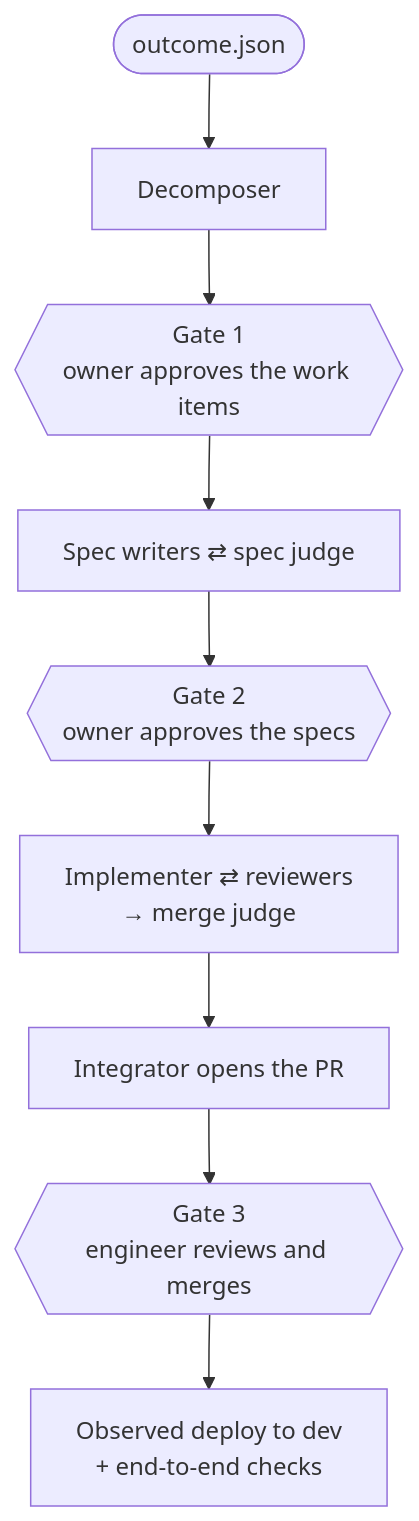
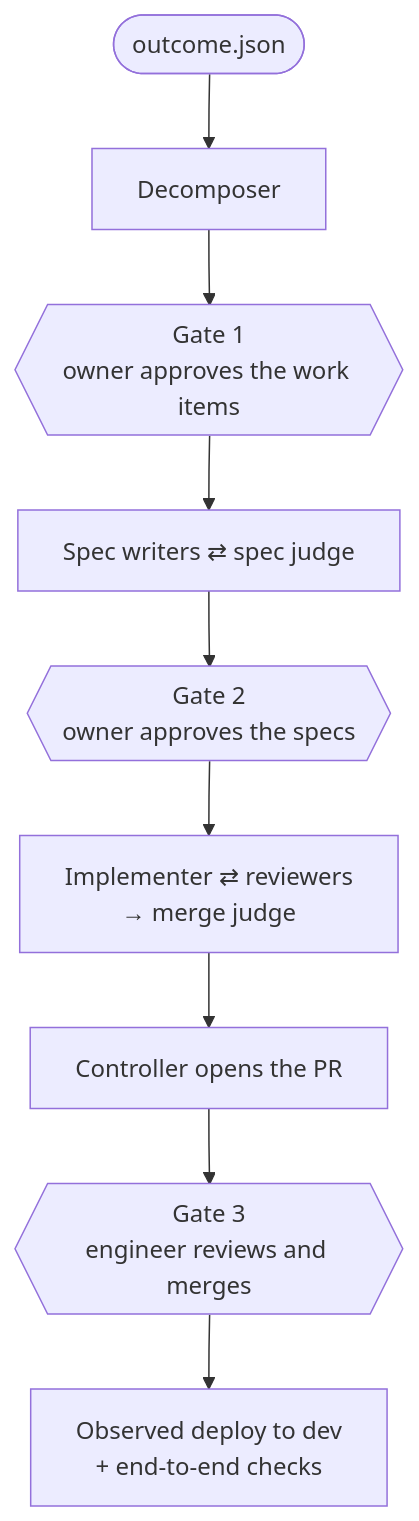
Before and after one commit to willtech3/factory_agents: the diagram in README.md, drawn with Mermaid. The commit also changed 26 other files, not shown here.

````diff
--- a/README.md
+++ b/README.md
@@ -5,11 +5,11 @@
 ```mermaid
 flowchart TD
   outcome(["outcome.json"]) --> decompose[Decomposer]
   decompose --> g1{{"Gate 1<br/>owner approves the work items"}}
   g1 --> specify["Spec writers ⇄ spec judge"]
   specify --> g2{{"Gate 2<br/>owner approves the specs"}}
   g2 --> implement["Implementer ⇄ reviewers<br/>→ merge judge"]
-  implement --> integrate["Integrator opens the PR"]
+  implement --> integrate["Controller opens the PR"]
   integrate --> g3{{"Gate 3<br/>engineer reviews and merges"}}
   g3 --> deploy["Observed deploy to dev<br/>+ end-to-end checks"]
 ```
````
